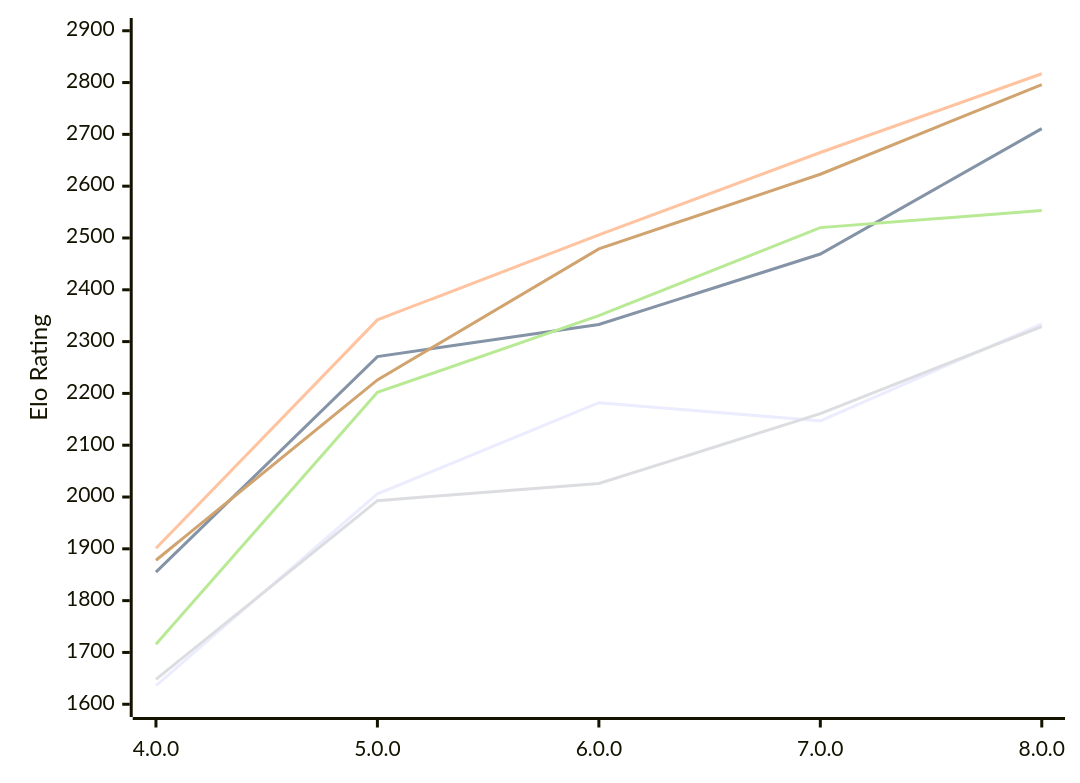
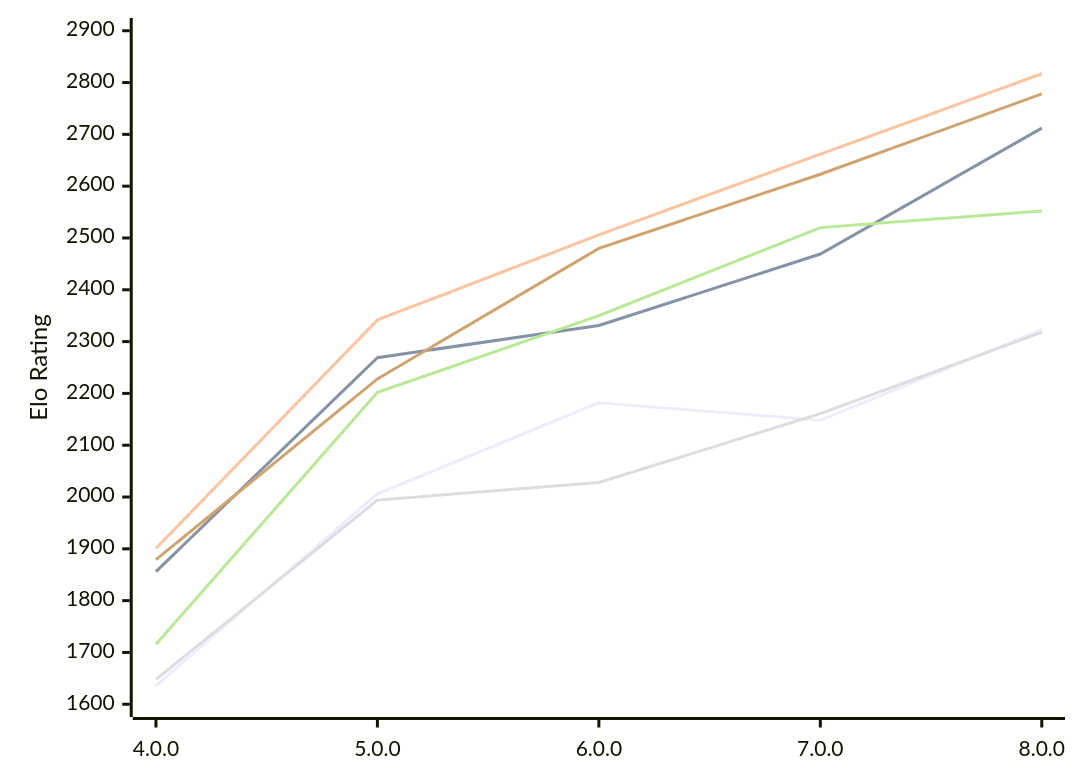
The first of 2 diagrams in engines/Laura.md (computer-chess-index/cci), drawn with Mermaid before and after one commit. The commit also changed other lines of this file, not shown here.

Commit message:
Update CCI Ratings (ELO VLTC) - 2026-11-27

````diff
--- a/engines/Laura.md
+++ b/engines/Laura.md
@@ -58,12 +58,12 @@
 ```mermaid
 %%{init: {"theme":"base","themeVariables":{"seriesColors:['#a3a3a3','#222221','#faa371']}}}%%
 xychart-beta
   x-axis ["4.0.0", "5.0.0", "6.0.0", "7.0.0", "8.0.0"]
   y-axis "Elo Rating" 1600 --> 2900
-  line "E1: STC (8.0+0.08s)" [1636, 2006, 2182, 2147, 2334]
-  line "E1: LTC (60.0+0.60s)" [1855, 2271, 2333, 2469, 2711]
-  line "E1: VLTC (2m24s+1.12s)" [1901, 2342, 2506, 2665, 2817]
-  line "P1: STC (8.0+0.08s)" [1648, 1993, 2026, 2161, 2329]
-  line "P1: LTC (60.0+0.60s)" [1716, 2202, 2350, 2520, 2553]
-  line "P1: VLTC (2m24s+1.12s)" [1878, 2226, 2479, 2623, 2796]
+  line "E1: STC (8.0+0.08s)" [1636, 2006, 2182, 2148, 2323]
+  line "E1: LTC (60.0+0.60s)" [1856, 2269, 2331, 2469, 2712]
+  line "E1: VLTC (2m24s+1.12s)" [1901, 2342, 2506, 2662, 2817]
+  line "P1: STC (8.0+0.08s)" [1648, 1994, 2028, 2161, 2318]
+  line "P1: LTC (60.0+0.60s)" [1716, 2202, 2350, 2520, 2552]
+  line "P1: VLTC (2m24s+1.12s)" [1879, 2228, 2480, 2623, 2778]
 ```
````
